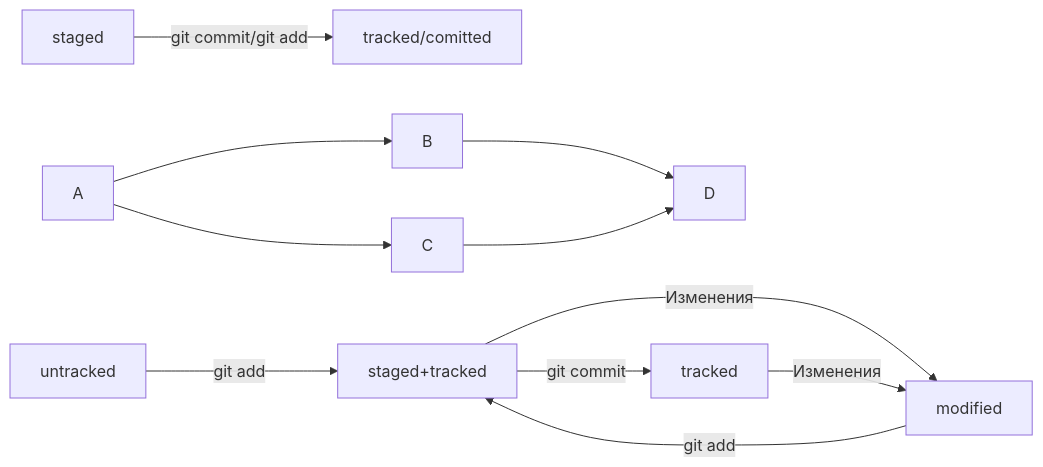
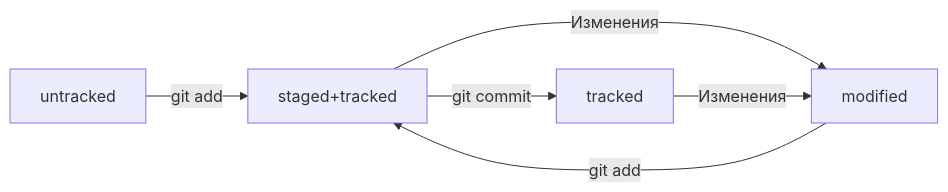
The diagram in README.md (sad-iv/YandexPracticum_Git), drawn with Mermaid before and after one commit. The commit also changed other lines of this file, not shown here.

Commit message:
Изменить mermaid-схему, убрать лишнее

````diff
--- a/README.md
+++ b/README.md
@@ -92,15 +92,8 @@
 ```mermaid
 graph LR
-  untracked        -- "git add"     --> staged+tracked
-  staged+tracked -- "Изменения"   --> modified
+  untracked -- "git add" --> staged+tracked
+  staged+tracked -- "Изменения" --> modified
   staged+tracked -- "git commit"  --> tracked
-  modified         -- "git add"     --> staged+tracked
-  tracked          -- "Изменения"   --> modified
-  staged    -- "git commit/git add" --> tracked/comitted
-    
-%% стрелка без текста для примера: 
-  A-->B;
-  A-->C;
-  B-->D;
-  C-->D;
+  modified -- "git add" --> staged+tracked
+  tracked -- "Изменения" --> modified
 ```
````
